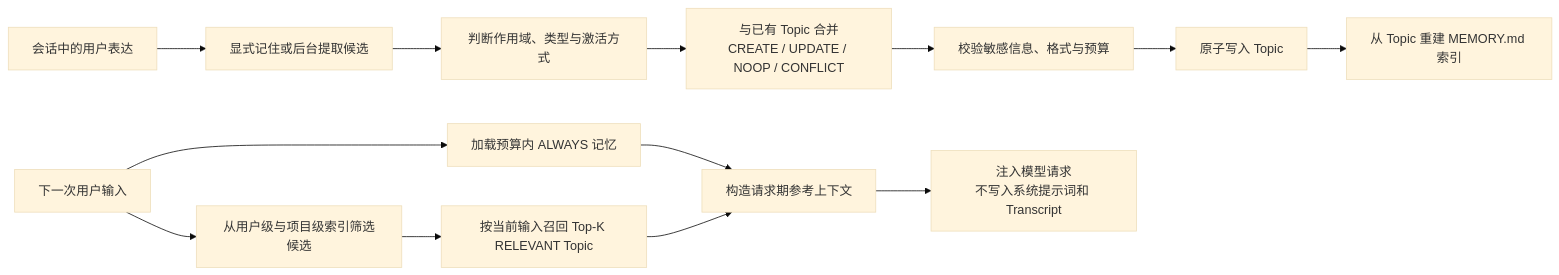
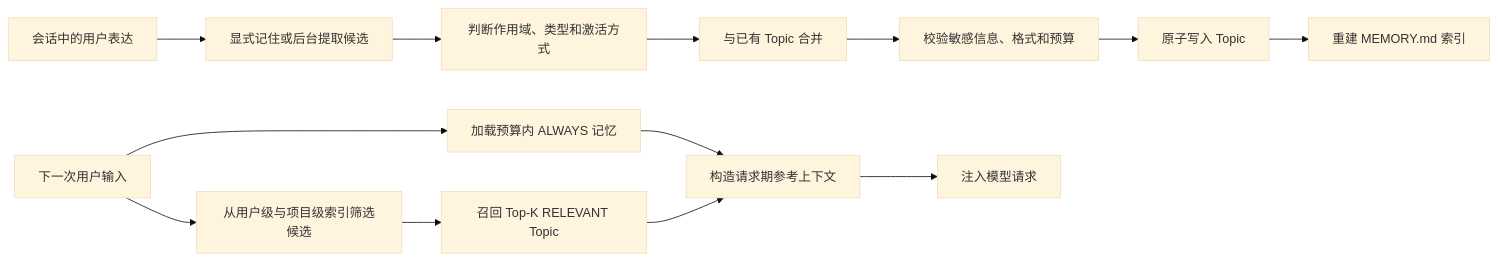
One commit to codingayice/my-claude-code changed the fourth of 6 diagrams in README.md. Above: the diagram before and after it, drawn with Mermaid (base theme). The commit also changed other lines of this file and 17 other files, not shown here.

````diff
--- a/README.md
+++ b/README.md
@@ -103,16 +286,15 @@
 ```mermaid
 flowchart LR
     Turn["会话中的用户表达"] --> Candidate["显式记住或后台提取候选"]
-    Candidate --> Classify["判断作用域、类型与激活方式"]
-    Classify --> Consolidate["与已有 Topic 合并\nCREATE / UPDATE / NOOP / CONFLICT"]
-    Consolidate --> Validate["校验敏感信息、格式与预算"]
+    Candidate --> Classify["判断作用域、类型和激活方式"]
+    Classify --> Consolidate["与已有 Topic 合并"]
+    Consolidate --> Validate["校验敏感信息、格式和预算"]
     Validate --> Store["原子写入 Topic"]
-    Store --> Index["从 Topic 重建 MEMORY.md 索引"]
-
+    Store --> Index["重建 MEMORY.md 索引"]
     Query["下一次用户输入"] --> Always["加载预算内 ALWAYS 记忆"]
     Query --> CandidateIndex["从用户级与项目级索引筛选候选"]
-    CandidateIndex --> Recall["按当前输入召回 Top-K RELEVANT Topic"]
+    CandidateIndex --> Recall["召回 Top-K RELEVANT Topic"]
     Always --> Context["构造请求期参考上下文"]
     Recall --> Context
-    Context --> Model["注入模型请求\n不写入系统提示词和 Transcript"]
+    Context --> Model["注入模型请求"]
 ```
````
